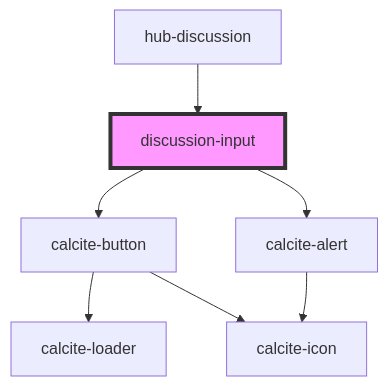
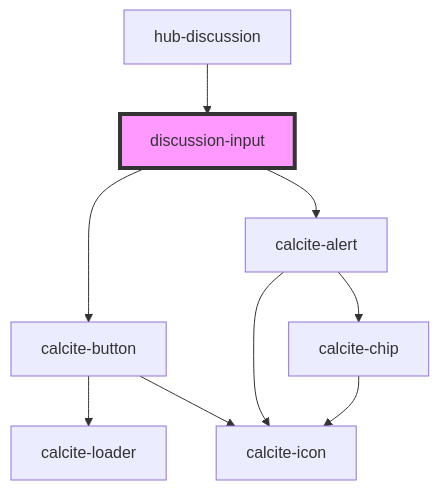
One commit to esridc/hub-components-experiments changed the diagram in src/components/blocks/discussion-input/readme.md. Above: the diagram before and after it, drawn with Mermaid. The commit also changed 21 other files, not shown here.

````diff
--- a/src/components/blocks/discussion-input/readme.md
+++ b/src/components/blocks/discussion-input/readme.md
@@ -38,10 +38,12 @@
 ```mermaid
 graph TD;
   discussion-input --> calcite-button
   discussion-input --> calcite-alert
   calcite-button --> calcite-loader
   calcite-button --> calcite-icon
   calcite-alert --> calcite-icon
+  calcite-alert --> calcite-chip
+  calcite-chip --> calcite-icon
   hub-discussion --> discussion-input
   style discussion-input fill:#f9f,stroke:#333,stroke-width:4px
 ```
````
